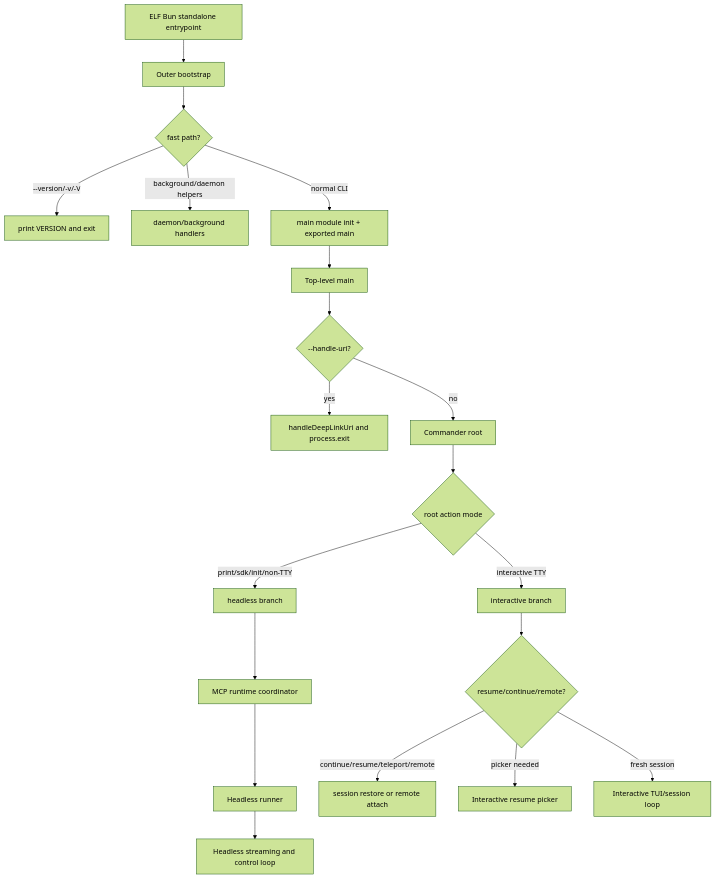
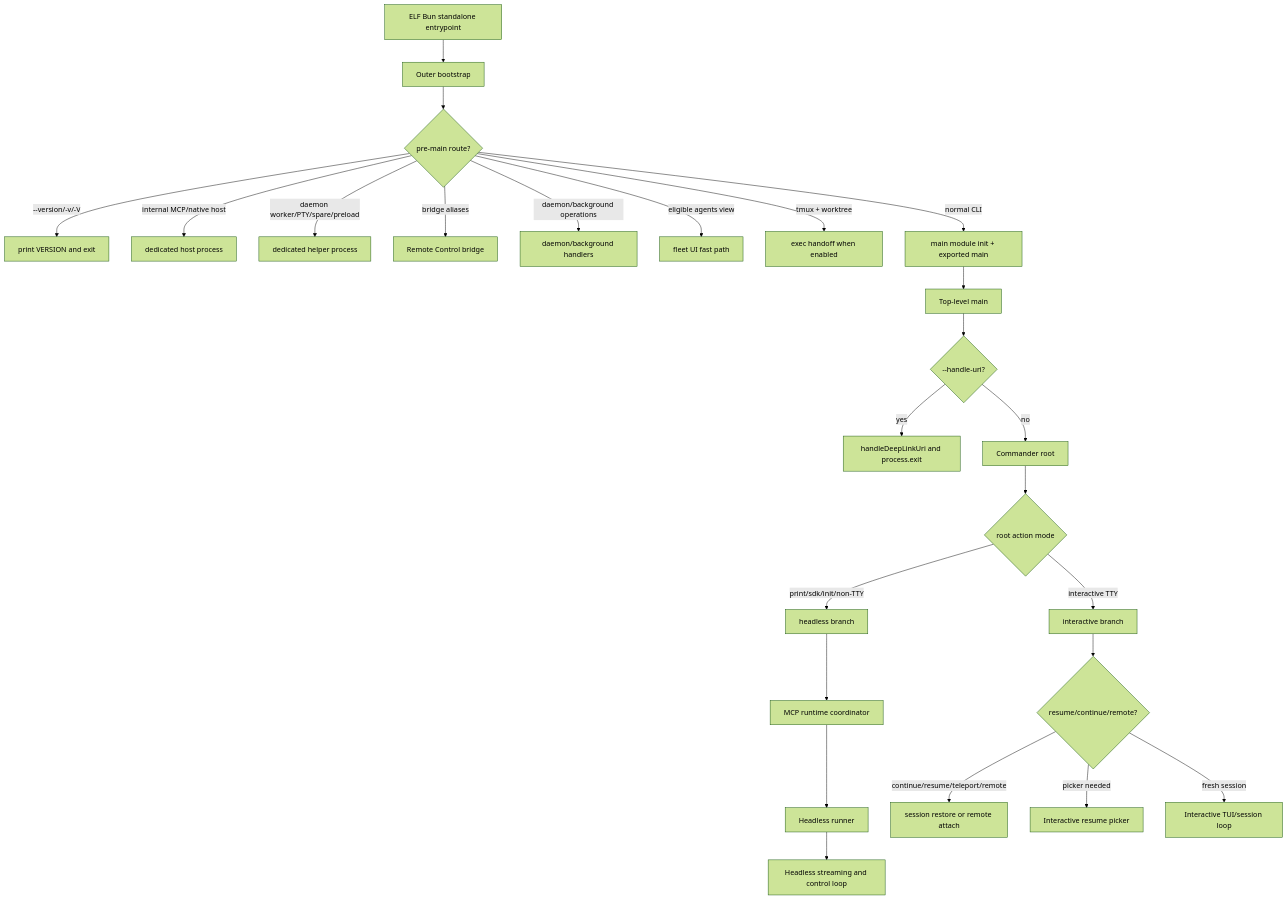
One commit to vibewatch/claude-code-internals changed the diagram in docs/01-runtime-lifecycle/cli-main-paths.md. Above: the diagram before and after it, drawn with Mermaid (forest theme). The commit also changed other lines of this file and 46 other files, not shown here.

````diff
--- a/docs/01-runtime-lifecycle/cli-main-paths.md
+++ b/docs/01-runtime-lifecycle/cli-main-paths.md
@@ -61,22 +55,27 @@
 ```mermaid
 flowchart TD
    A[ELF Bun standalone entrypoint] --> B[Outer bootstrap]
-  B --> C{fast path?}
+   B --> C{pre-main route?}
   C -->|--version/-v/-V| V[print VERSION and exit]
-  C -->|background/daemon helpers| D[daemon/background handlers]
+   C -->|internal MCP/native host| HostProc[dedicated host process]
+   C -->|daemon worker/PTY/spare/preload| W[dedicated helper process]
+   C -->|bridge aliases| BridgeProc[Remote Control bridge]
+   C -->|daemon/background operations| D[daemon/background handlers]
+   C -->|eligible agents view| FV[fleet UI fast path]
+   C -->|tmux + worktree| TW[exec handoff when enabled]
    C -->|normal CLI| E[main module init + exported main]
    E --> F[Top-level main]
   F --> G{--handle-uri?}
-  G -->|yes| H[handleDeepLinkUri and process.exit]
+   G -->|yes| DeepLink[handleDeepLinkUri and process.exit]
    G -->|no| I[Commander root]
-  I --> J{root action mode}
+   I --> J{root action mode}
   J -->|print/sdk/init/non-TTY| K[headless branch]
    K --> L[MCP runtime coordinator]
    L --> M[Headless runner]
    M --> N[Headless streaming and control loop]
   J -->|interactive TTY| O[interactive branch]
   O --> P{resume/continue/remote?}
   P -->|continue/resume/teleport/remote| Q[session restore or remote attach]
-   P -->|picker needed| R[Interactive resume picker]
+   P -->|picker needed| Picker[Interactive resume picker]
    P -->|fresh session| S[Interactive TUI/session loop]
 ```
````
